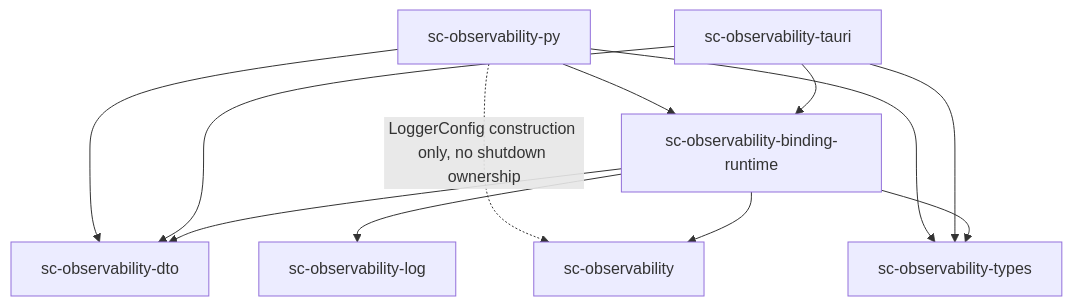
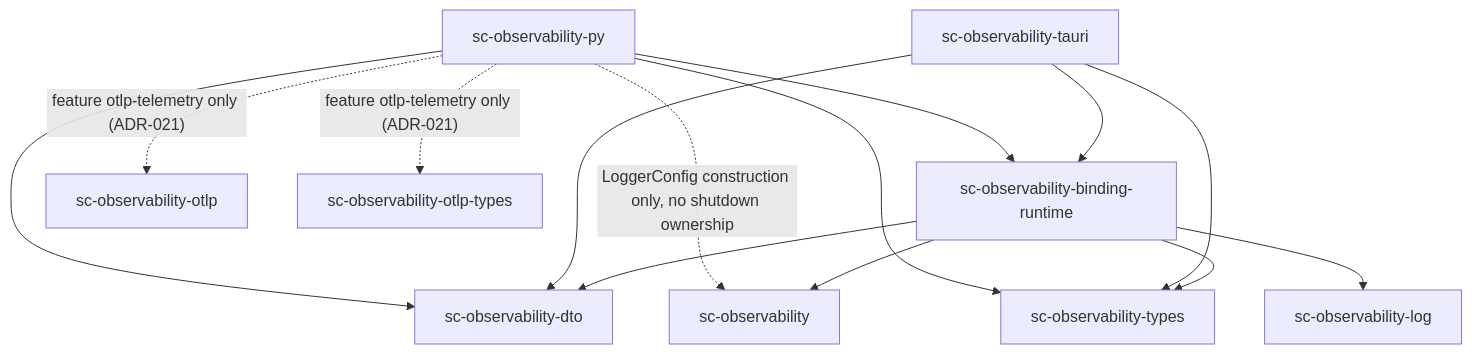
Before and after one commit to randlee/sc-observability: the diagram in docs/architecture.md, drawn with Mermaid. The commit also changed other lines of this file and 8 other files, not shown here.

````diff
--- a/docs/architecture.md
+++ b/docs/architecture.md
@@ -744,14 +746,16 @@
 ```mermaid
 graph TD
   Runtime[sc-observability-binding-runtime] --> Core[sc-observability]
   Runtime --> Types[sc-observability-types]
   Runtime --> DTO[sc-observability-dto]
   Runtime --> Bridge[sc-observability-log]
   Tauri[sc-observability-tauri] --> Runtime
   Tauri --> DTO
   Tauri --> Types
   Python[sc-observability-py] --> Runtime
   Python --> DTO
   Python --> Types
   Python -. "LoggerConfig construction only, no shutdown ownership" .-> Core
+  Python -. "feature otlp-telemetry only (ADR-021)" .-> OTLP[sc-observability-otlp]
+  Python -. "feature otlp-telemetry only (ADR-021)" .-> OtlpTypes[sc-observability-otlp-types]
 ```
````
